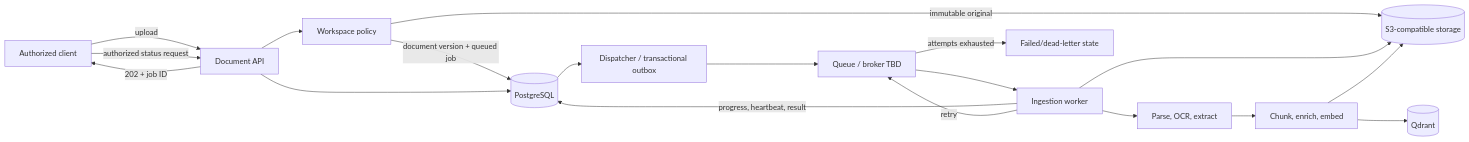
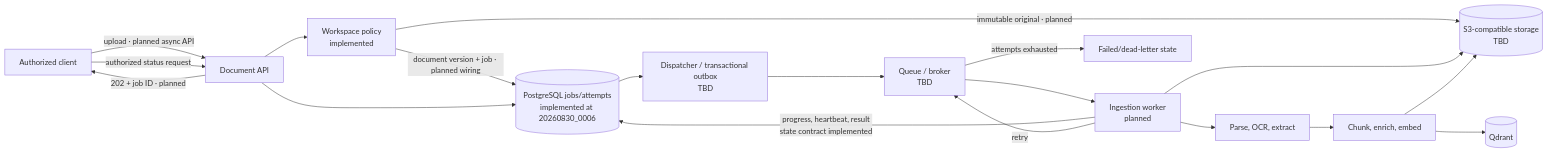
The fifth of 11 diagrams in mm-rag-full-stack-genai-bootcamp-3.0/docs/architecture/ARCHITECTURE.md (mvyas412/ai-projects), drawn with Mermaid before and after one commit. The commit also changed other lines of this file and 5 other files, not shown here.

````diff
--- a/mm-rag-full-stack-genai-bootcamp-3.0/docs/architecture/ARCHITECTURE.md
+++ b/mm-rag-full-stack-genai-bootcamp-3.0/docs/architecture/ARCHITECTURE.md
@@ -251,21 +253,21 @@
 ```mermaid
 flowchart LR
-    client["Authorized client"] -->|"upload"| api["Document API"]
-    api --> policy["Workspace policy"]
-    policy -->|"immutable original"| objects[("S3-compatible storage")]
-    policy -->|"document version + queued job"| pg[("PostgreSQL")]
-    api -->|"202 + job ID"| client
-    pg --> outbox["Dispatcher / transactional outbox"]
-    outbox --> queue["Queue / broker TBD"]
-    queue --> worker["Ingestion worker"]
+    client["Authorized client"] -->|"upload · planned async API"| api["Document API"]
+    api --> policy["Workspace policy<br/>implemented"]
+    policy -->|"immutable original · planned"| objects[("S3-compatible storage<br/>TBD")]
+    policy -->|"document version + job · planned wiring"| pg[("PostgreSQL jobs/attempts<br/>implemented at 20260830_0006")]
+    api -->|"202 + job ID · planned"| client
+    pg --> outbox["Dispatcher / transactional outbox<br/>TBD"]
+    outbox --> queue["Queue / broker<br/>TBD"]
+    queue --> worker["Ingestion worker<br/>planned"]
     worker --> objects
     worker --> parse["Parse, OCR, extract"]
     parse --> enrich["Chunk, enrich, embed"]
     enrich --> qdrant[("Qdrant")]
     enrich --> objects
-    worker -->|"progress, heartbeat, result"| pg
+    worker -->|"progress, heartbeat, result<br/>state contract implemented"| pg
     worker -->|"retry"| queue
     queue -->|"attempts exhausted"| dead["Failed/dead-letter state"]
     client -->|"authorized status request"| api
     api --> pg
 ```
````
